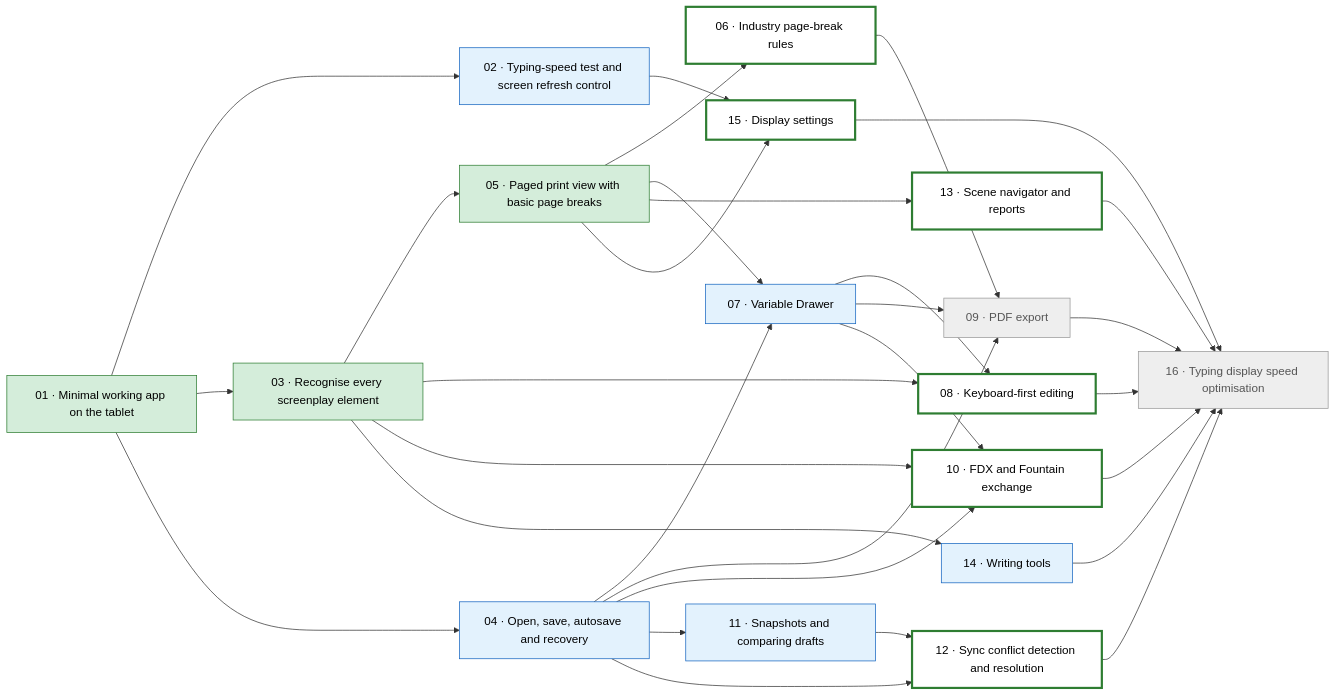
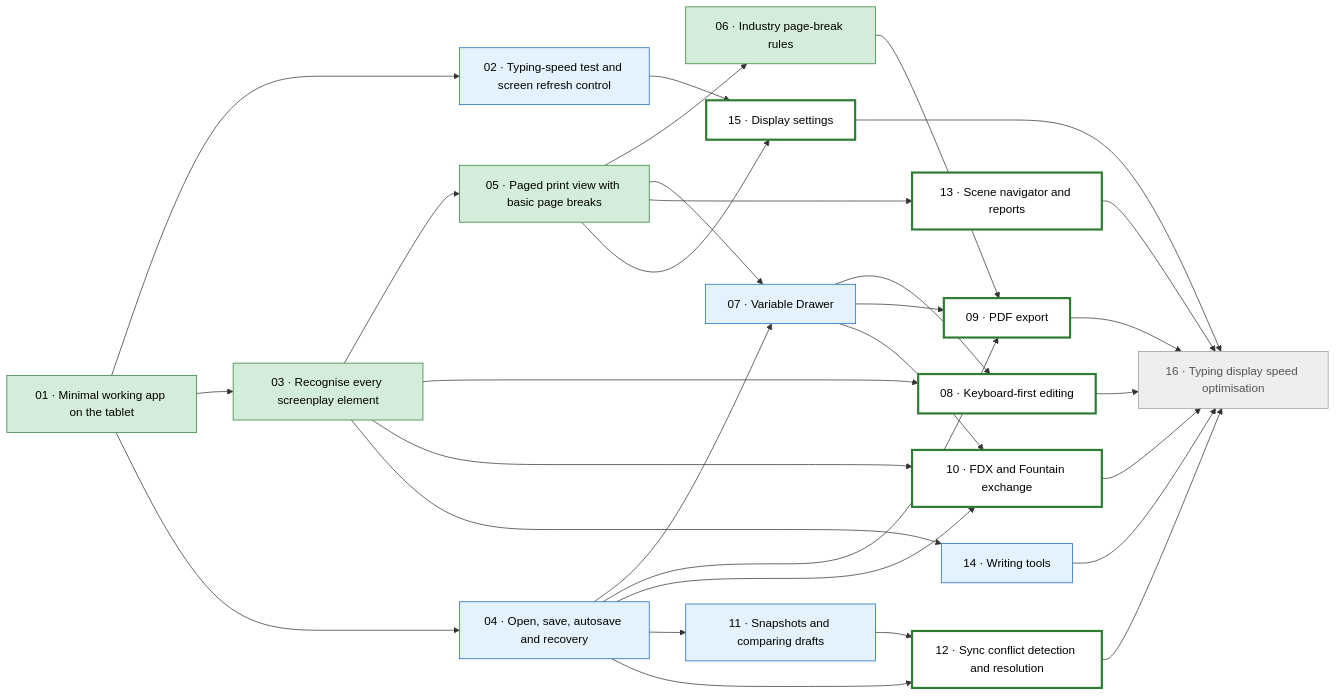
Before and after one commit to mikebgio/eink-screenplay-writer: the diagram in PLAN.md, drawn with Mermaid. The commit also changed other lines of this file and 34 other files, not shown here.

First line of the commit message:
06: Industry page-break rules (#24)

````diff
--- a/PLAN.md
+++ b/PLAN.md
@@ -45,53 +45,53 @@
 ```mermaid
 flowchart LR
   T01["01 · Minimal working app on the tablet"]:::done
   T02["02 · Typing-speed test and screen refresh control"]:::needsdevice
   T03["03 · Recognise every screenplay element"]:::done
   T04["04 · Open, save, autosave and recovery"]:::needsdevice
   T05["05 · Paged print view with basic page breaks"]:::done
-  T06["06 · Industry page-break rules"]:::ready
+  T06["06 · Industry page-break rules"]:::done
   T07["07 · Variable Drawer"]:::needsdevice
   T08["08 · Keyboard-first editing"]:::ready
-  T09["09 · PDF export"]:::blocked
+  T09["09 · PDF export"]:::ready
   T10["10 · FDX and Fountain exchange"]:::ready
   T11["11 · Snapshots and comparing drafts"]:::needsdevice
   T12["12 · Sync conflict detection and resolution"]:::ready
   T13["13 · Scene navigator and reports"]:::ready
   T14["14 · Writing tools"]:::needsdevice
   T15["15 · Display settings"]:::ready
   T16["16 · Typing display speed optimisation"]:::blocked
   T01 --> T02
   T01 --> T03
   T01 --> T04
   T03 --> T05
   T05 --> T06
   T04 --> T07
   T05 --> T07
   T03 --> T08
   T07 --> T08
   T04 --> T09
   T06 --> T09
   T07 --> T09
   T03 --> T10
   T04 --> T10
   T07 --> T10
   T04 --> T11
   T04 --> T12
   T11 --> T12
   T05 --> T13
   T03 --> T14
   T02 --> T15
   T05 --> T15
   T08 --> T16
   T09 --> T16
   T10 --> T16
   T12 --> T16
   T13 --> T16
   T14 --> T16
   T15 --> T16
   classDef done fill:#d4edda,stroke:#2e7d32,color:#000
   classDef needsdevice fill:#e3f2fd,stroke:#1565c0,color:#000
   classDef inprogress fill:#fff3cd,stroke:#b8860b,color:#000
   classDef ready fill:#ffffff,stroke:#2e7d32,stroke-width:3px,color:#000
   classDef blocked fill:#eeeeee,stroke:#999,color:#555
 ```
````
